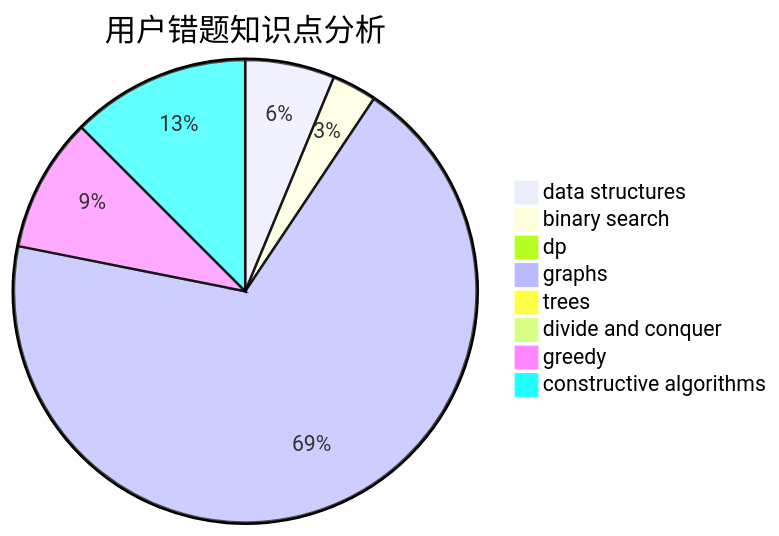
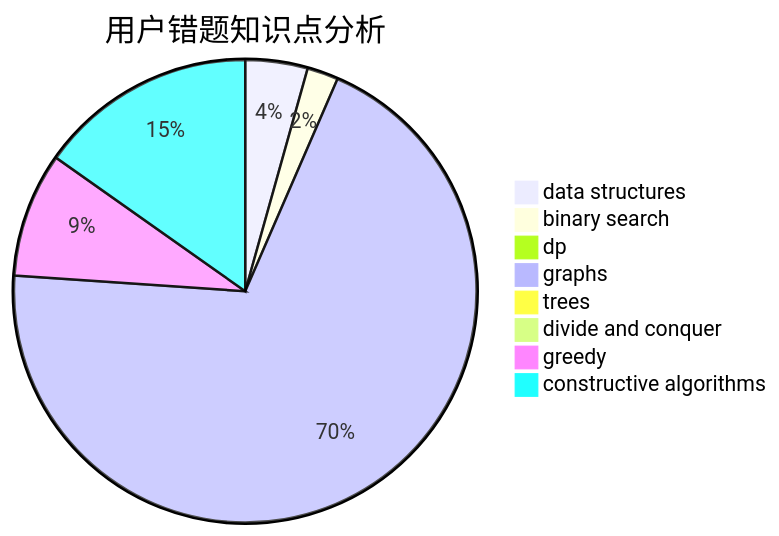
One commit to sherpahu/cfrs.github.io changed the third of 3 diagrams in docs/user/u153.md. Above: the diagram before and after it, drawn with Mermaid. The commit also changed other lines of this file and 2770 other files, not shown here.

````diff
--- a/docs/user/u153.md
+++ b/docs/user/u153.md
@@ -36,11 +36,11 @@
 ```mermaid
 pie title 用户错题知识点分析
     "data structures" :  2
     "binary search" :  1
     "dp" :  0
-    "graphs" :  22
+    "graphs" :  32
     "trees" :  0
     "divide and conquer" :  0
-    "greedy" :  3
-    "constructive algorithms" :  4
+    "greedy" :  4
+    "constructive algorithms" :  7
 ```
````
